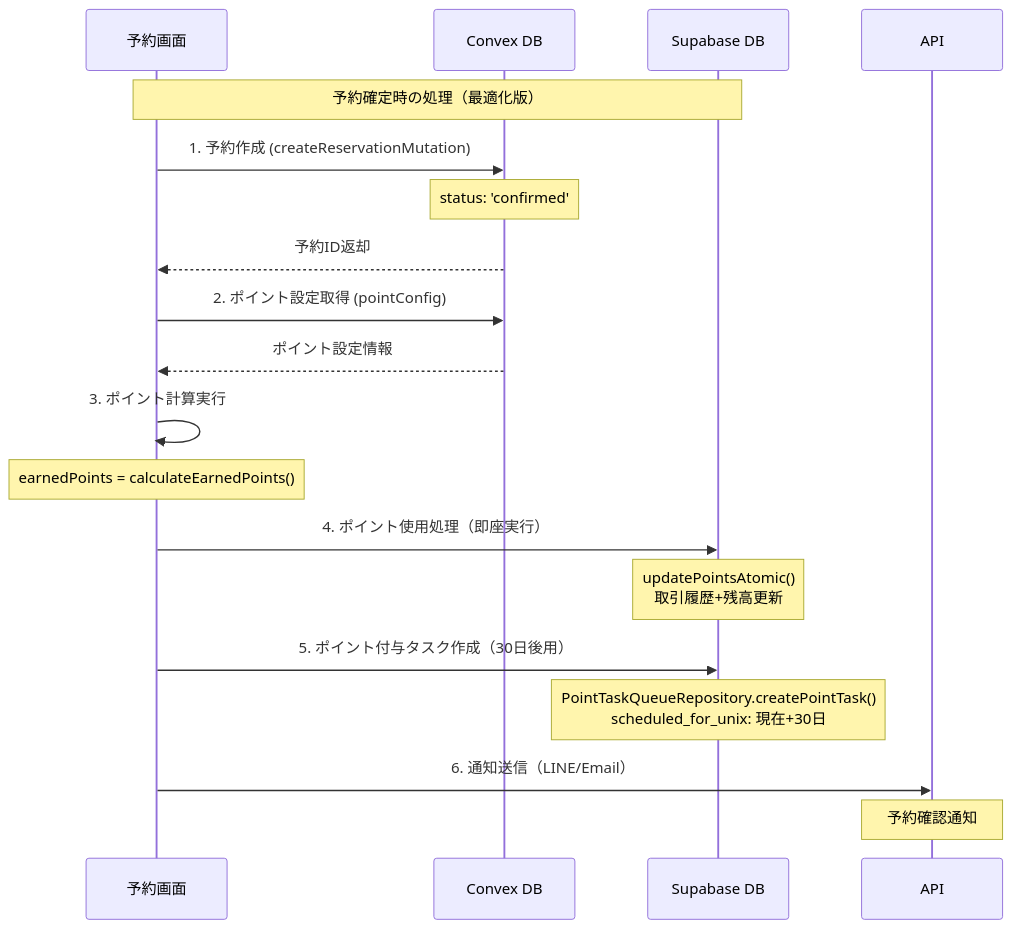
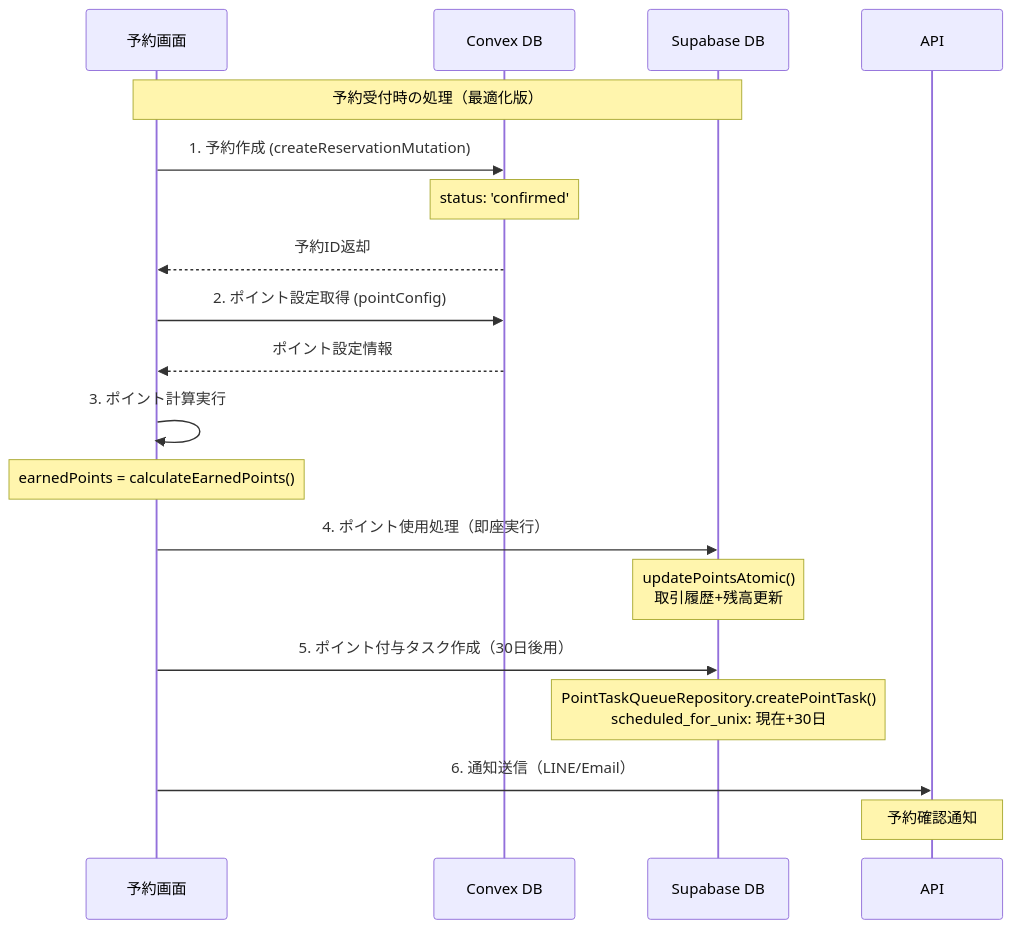
Before and after one commit to atsuki-sakai/Bocker: the first of 2 diagrams in docs/technical/implementation/point-system.md, drawn with Mermaid. The commit also changed 15 other files, not shown here.

````diff
--- a/docs/technical/implementation/point-system.md
+++ b/docs/technical/implementation/point-system.md
@@ -116,27 +116,27 @@
 ```mermaid
 sequenceDiagram
     participant UI as 予約画面
     participant Convex as Convex DB
     participant Supabase as Supabase DB
     
-    Note over UI,Supabase: 予約確定時の処理（最適化版）
+    Note over UI,Supabase: 予約受付時の処理（最適化版）
     
     UI->>Convex: 1. 予約作成 (createReservationMutation)
     Note over Convex: status: 'confirmed'
     Convex-->>UI: 予約ID返却
     
     UI->>Convex: 2. ポイント設定取得 (pointConfig)
     Convex-->>UI: ポイント設定情報
     
     UI->>UI: 3. ポイント計算実行
     Note over UI: earnedPoints = calculateEarnedPoints()
     
     UI->>Supabase: 4. ポイント使用処理（即座実行）
     Note over Supabase: updatePointsAtomic()<br/>取引履歴+残高更新
     
     UI->>Supabase: 5. ポイント付与タスク作成（30日後用）
     Note over Supabase: PointTaskQueueRepository.createPointTask()<br/>scheduled_for_unix: 現在+30日
     
     UI->>API: 6. 通知送信（LINE/Email）
     Note over API: 予約確認通知
 ```
````
